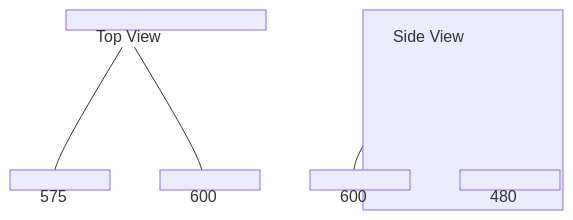
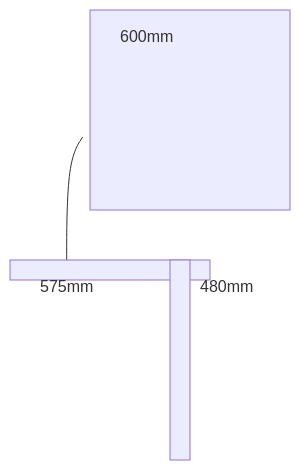
One commit to DucNT17/filling_slot changed the ninth of 13 diagrams in test_data/NetSure_732_User_Manual.md. Above: the diagram before and after it, drawn with Mermaid. The commit also changed other lines of this file and 10 other files, not shown here.

````diff
--- a/test_data/NetSure_732_User_Manual.md
+++ b/test_data/NetSure_732_User_Manual.md
@@ -1618,14 +1709,9 @@
 ```mermaid
 graph TD
-    A[Top View] --> B[575]
-    A --> C[600]
-    D[Side View] --> E[600]
-    D --> F[480]
+    A[600mm] --> B[575mm]
+    A --> C[480mm]
     
-    style A width:200px,height:20px
-    style D width:200px,height:200px
-    style B width:100px,height:20px
-    style C width:100px,height:20px
-    style E width:100px,height:20px
-    style F width:100px,height:20px
+    style A width:200px,height:200px
+    style B width:200px,height:20px
+    style C width:20px,height:200px
 ```
````
